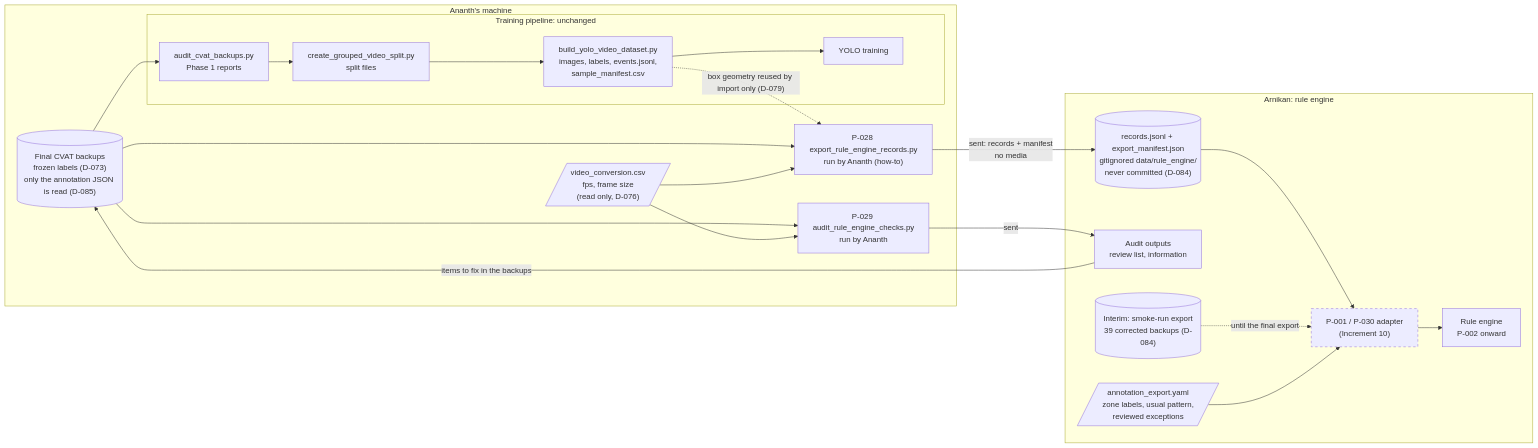
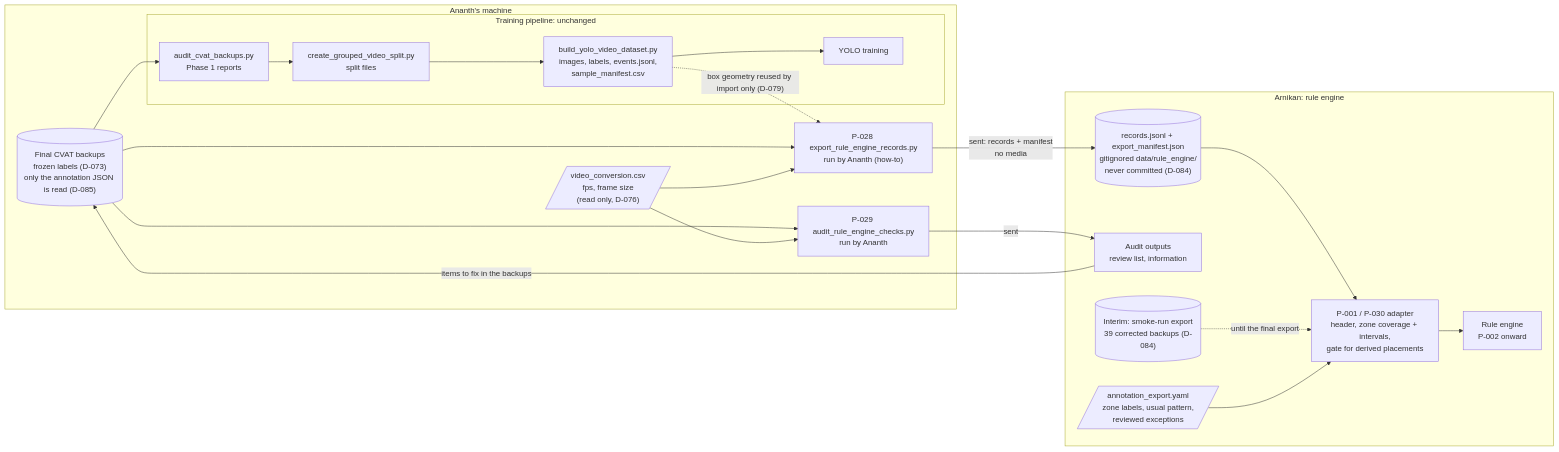
Before and after one commit to ananthu65/defibrillator_research: the ninth of 11 diagrams in docs/rule_engine/diagrams.md, drawn with Mermaid. The commit also changed other lines of this file and 20 other files, not shown here.

````diff
--- a/docs/rule_engine/diagrams.md
+++ b/docs/rule_engine/diagrams.md
@@ -192,38 +192,36 @@
 ```mermaid
 flowchart LR
     subgraph ananth["Ananth's machine"]
         CVAT[("Final CVAT backups<br/>frozen labels (D-073)<br/>only the annotation JSON is read (D-085)")]
         CONV[/"video_conversion.csv<br/>fps, frame size<br/>(read only, D-076)"/]
         subgraph training["Training pipeline: unchanged"]
             AUD1["audit_cvat_backups.py<br/>Phase 1 reports"]
             SPLIT["create_grouped_video_split.py<br/>split files"]
             BUILD["build_yolo_video_dataset.py<br/>images, labels, events.jsonl,<br/>sample_manifest.csv"]
             TRAIN["YOLO training"]
             AUD1 --> SPLIT --> BUILD --> TRAIN
         end
         EXP["P-028 export_rule_engine_records.py<br/>run by Ananth (how-to)"]
         AUD2["P-029 audit_rule_engine_checks.py<br/>run by Ananth"]
         CVAT --> AUD1
         CVAT --> EXP
         CVAT --> AUD2
         CONV --> EXP
         CONV --> AUD2
         BUILD -. "box geometry reused by import only (D-079)" .-> EXP
     end
     subgraph arnikan["Arnikan: rule engine"]
         REC[("records.jsonl + export_manifest.json<br/>gitignored data/rule_engine/<br/>never committed (D-084)")]
         REP["Audit outputs<br/>review list, information"]
         SMOKE[("Interim: smoke-run export<br/>39 corrected backups (D-084)")]
         CFG[/"annotation_export.yaml<br/>zone labels, usual pattern,<br/>reviewed exceptions"/]
-        ADP["P-001 / P-030 adapter<br/>(Increment 10)"]
+        ADP["P-001 / P-030 adapter<br/>header, zone coverage + intervals,<br/>gate for derived placements"]
         ENG["Rule engine<br/>P-002 onward"]
         REC --> ADP --> ENG
         SMOKE -.->|until the final export| ADP
         CFG --> ADP
     end
     EXP -->|"sent: records + manifest<br/>no media"| REC
     AUD2 -->|sent| REP
     REP -->|items to fix in the backups| CVAT
-    classDef planned stroke-dasharray: 5 5
-    class ADP planned
 ```
````
